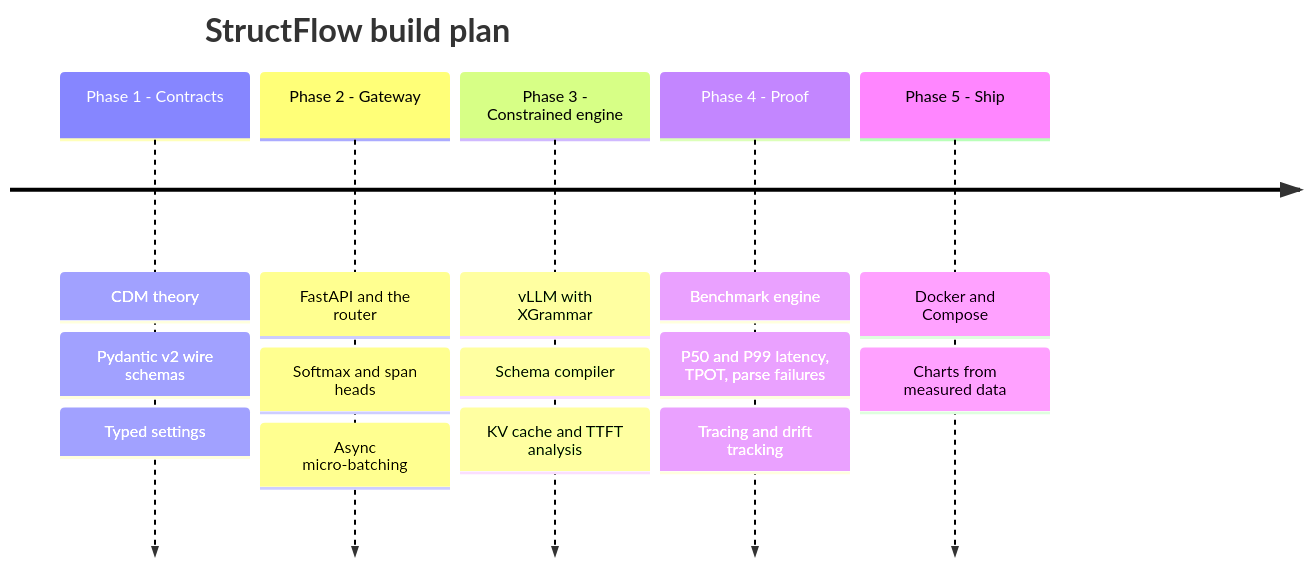
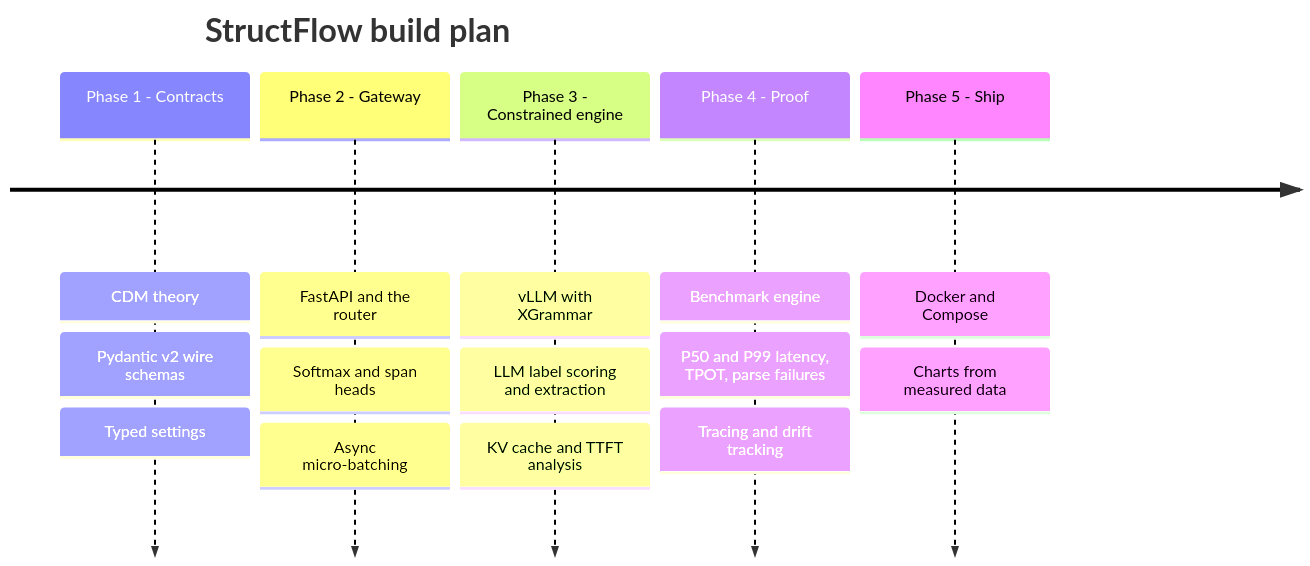
Before and after one commit to adibatwal7/structflow: the sixth of 6 diagrams in README.md, drawn with Mermaid. The commit also changed other lines of this file and 1 other file, not shown here.

Commit message:
Add Phase 3 findings and bring the README up to date

````diff
--- a/README.md
+++ b/README.md
@@ -335,9 +421,9 @@
 ```mermaid
 timeline
     title StructFlow build plan
     Phase 1 - Contracts : CDM theory : Pydantic v2 wire schemas : Typed settings
     Phase 2 - Gateway : FastAPI and the router : Softmax and span heads : Async micro-batching
-    Phase 3 - Constrained engine : vLLM with XGrammar : Schema compiler : KV cache and TTFT analysis
+    Phase 3 - Constrained engine : vLLM with XGrammar : LLM label scoring and extraction : KV cache and TTFT analysis
     Phase 4 - Proof : Benchmark engine : P50 and P99 latency, TPOT, parse failures : Tracing and drift tracking
     Phase 5 - Ship : Docker and Compose : Charts from measured data
 ```
````
